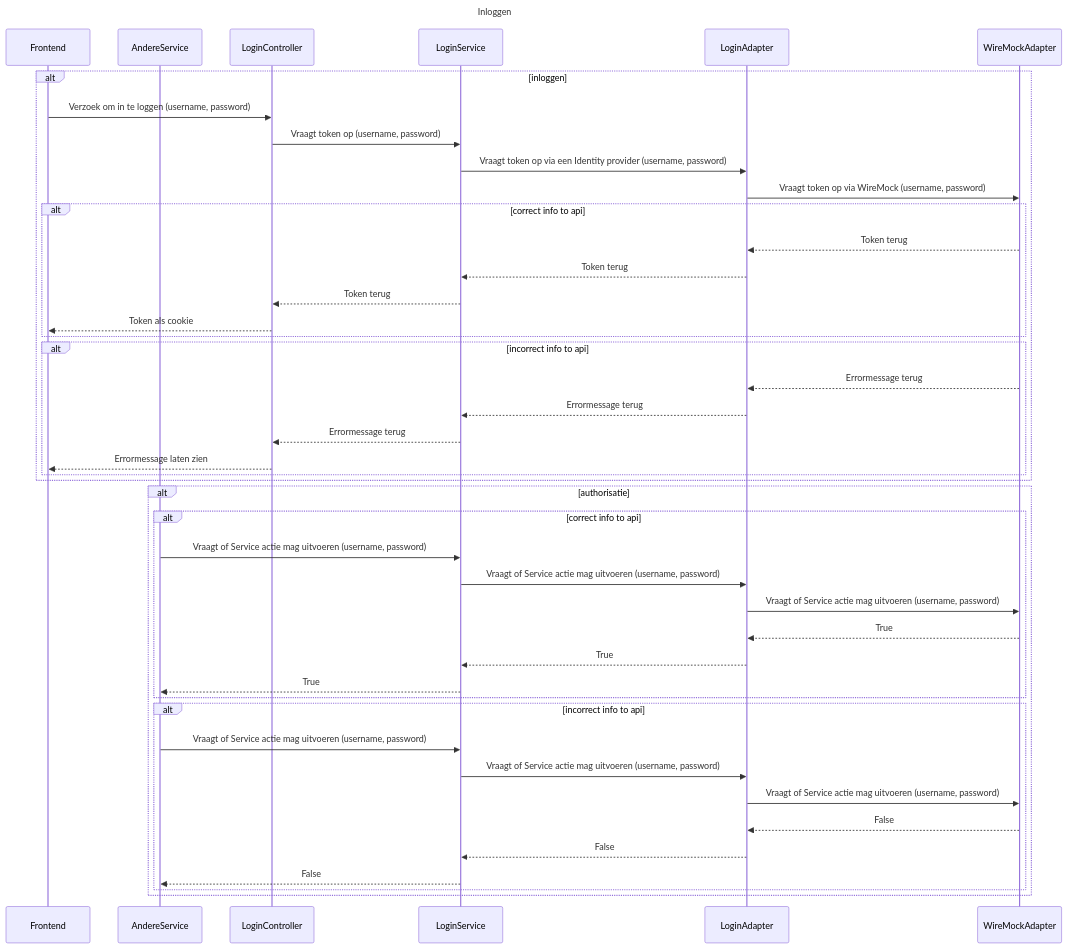
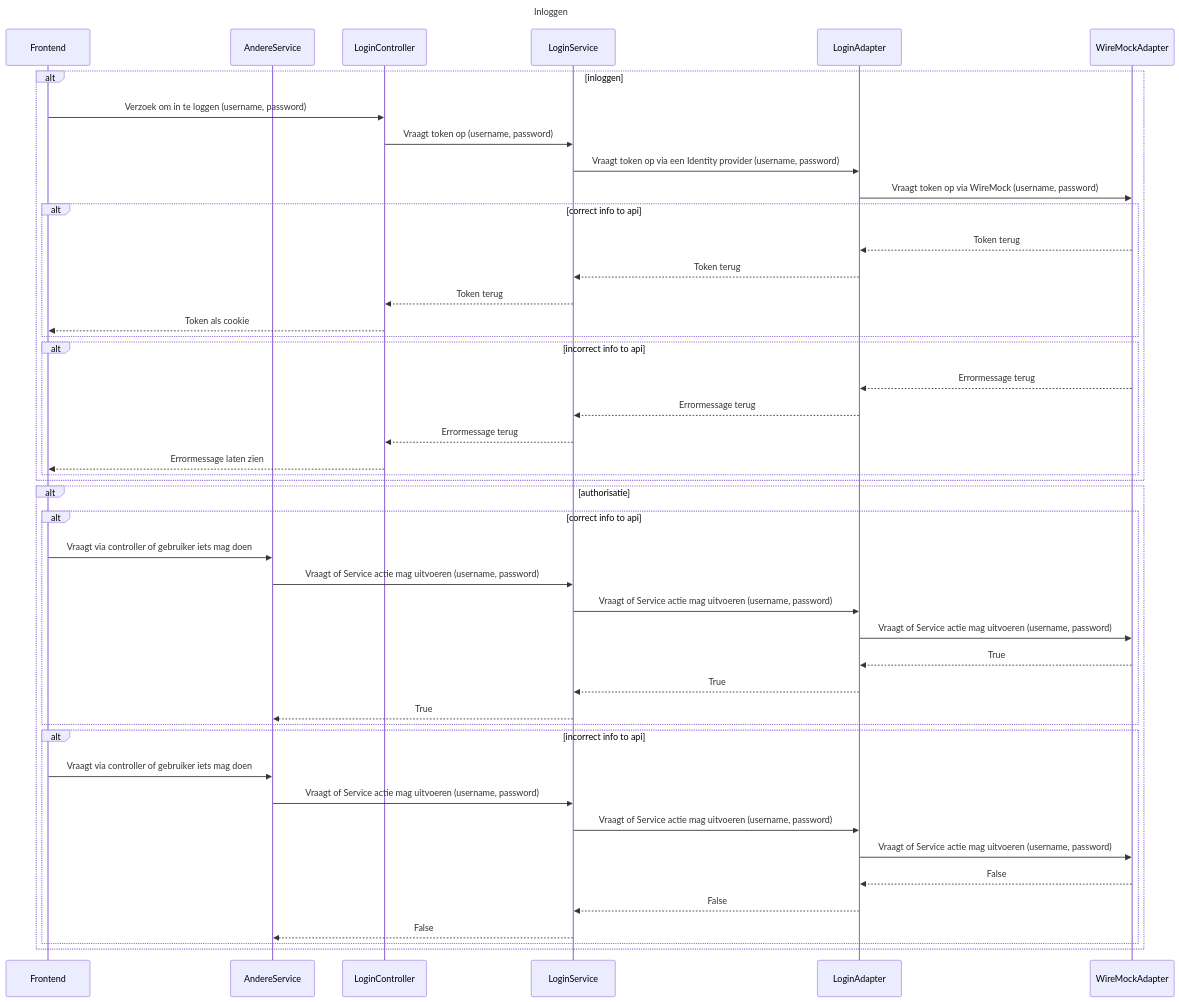
The first of 5 diagrams in software-guidebook/README.md (AIM-ENE-feb25/triptop-inshallahboys), drawn with Mermaid before and after one commit.

Commit message:
Mooi goed hoog
Frontend maakt nu contact met andere service

````diff
--- a/software-guidebook/README.md
+++ b/software-guidebook/README.md
@@ -118,49 +118,51 @@
 ```mermaid
 sequenceDiagram
 title Inloggen
     participant Frontend
     participant AndereService
     participant LoginController
     participant LoginService
     participant LoginAdapter
     participant WireMockAdapter
 
 alt inloggen
     Frontend->>LoginController: Verzoek om in te loggen (username, password)
     LoginController->>LoginService: Vraagt token op (username, password)
     LoginService->>LoginAdapter: Vraagt token op via een Identity provider (username, password)
     LoginAdapter->>WireMockAdapter: Vraagt token op via WireMock (username, password)
     alt correct info to api
     WireMockAdapter-->>LoginAdapter: Token terug
     LoginAdapter-->>LoginService: Token terug
     LoginService-->>LoginController: Token terug
     LoginController-->>Frontend: Token als cookie
     end
     alt incorrect info to api
     WireMockAdapter-->>LoginAdapter: Errormessage terug
     LoginAdapter-->>LoginService: Errormessage terug
     LoginService-->>LoginController: Errormessage terug
     LoginController-->>Frontend: Errormessage laten zien
     end
 end
 alt authorisatie
     alt correct info to api
+    Frontend->>AndereService: Vraagt via controller of gebruiker iets mag doen
     AndereService->>LoginService: Vraagt of Service actie mag uitvoeren (username, password)
     LoginService->>LoginAdapter: Vraagt of Service actie mag uitvoeren (username, password)
     LoginAdapter->>WireMockAdapter: Vraagt of Service actie mag uitvoeren (username, password)
     WireMockAdapter-->>LoginAdapter: True
     LoginAdapter-->>LoginService: True
     LoginService-->>AndereService: True
     end
     alt incorrect info to api
+    Frontend->>AndereService: Vraagt via controller of gebruiker iets mag doen
     AndereService->>LoginService: Vraagt of Service actie mag uitvoeren (username, password)
     LoginService->>LoginAdapter: Vraagt of Service actie mag uitvoeren (username, password)
     LoginAdapter->>WireMockAdapter: Vraagt of Service actie mag uitvoeren (username, password)
     WireMockAdapter-->>LoginAdapter: False
     LoginAdapter-->>LoginService: False
     LoginService-->>AndereService: False
     end
 end
 
 
 ```
````
